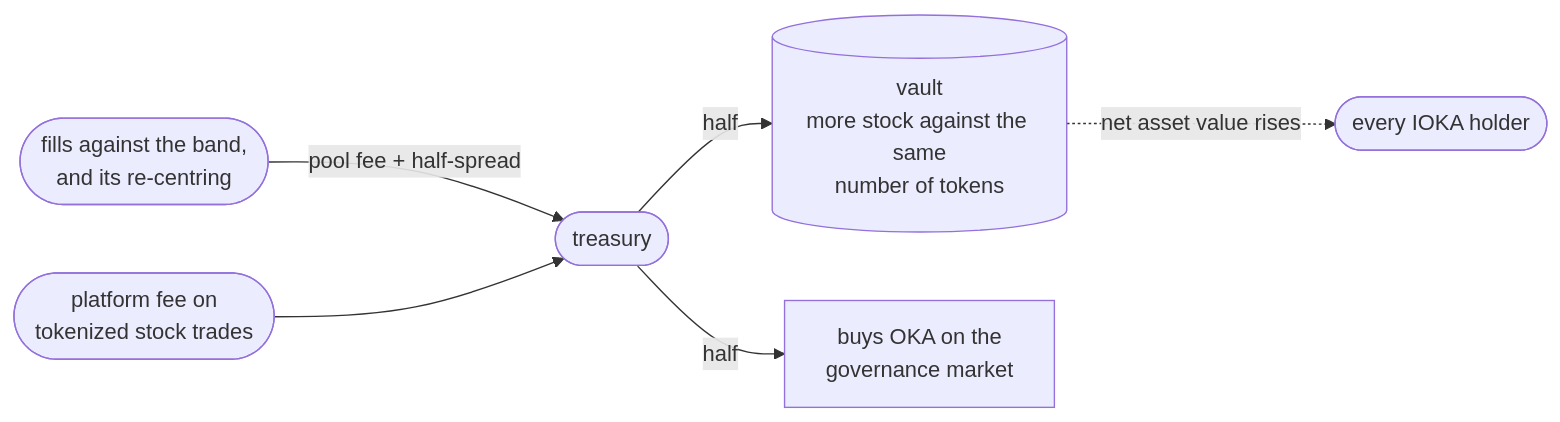
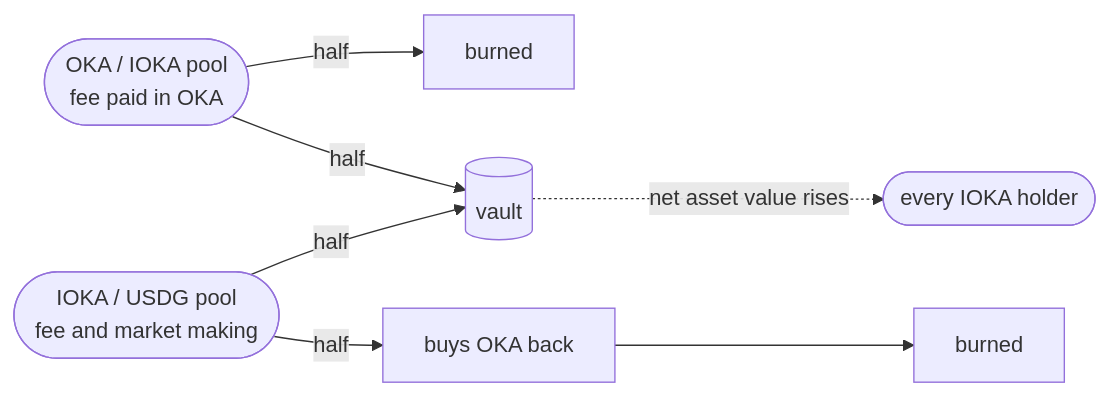
One commit to 8digitsLabs/docs changed the second of 2 diagrams in concepts/tokens.mdx. Above: the diagram before and after it, drawn with Mermaid. The commit also changed other lines of this file and 5 other files, not shown here.

First line of the commit message:
docs: document perps, and split the fee flow by pool

````diff
--- a/concepts/tokens.mdx
+++ b/concepts/tokens.mdx
@@ -92,8 +94,9 @@
 ```mermaid
 flowchart LR
-  BAND(["fills against the band,<br/>and its re-centring"]) -->|"pool fee + half-spread"| TR(["treasury"])
-  PLAT(["platform fee on<br/>tokenized stock trades"]) --> TR
-  TR -->|"half"| VAULT[("vault<br/>more stock against the same<br/>number of tokens")]
-  TR -->|"half"| BUY["buys OKA on the<br/>governance market"]
+  P1(["OKA / IOKA pool<br/>fee paid in OKA"]) -->|"half"| BURN1["burned"]
+  P1 -->|"half"| VAULT[("vault")]
+  P2(["IOKA / USDG pool<br/>fee and market making"]) -->|"half"| BUY["buys OKA back"]
+  P2 -->|"half"| VAULT
+  BUY --> BURN2["burned"]
   VAULT -.->|"net asset value rises"| HOLD(["every IOKA holder"])
 ```
````
